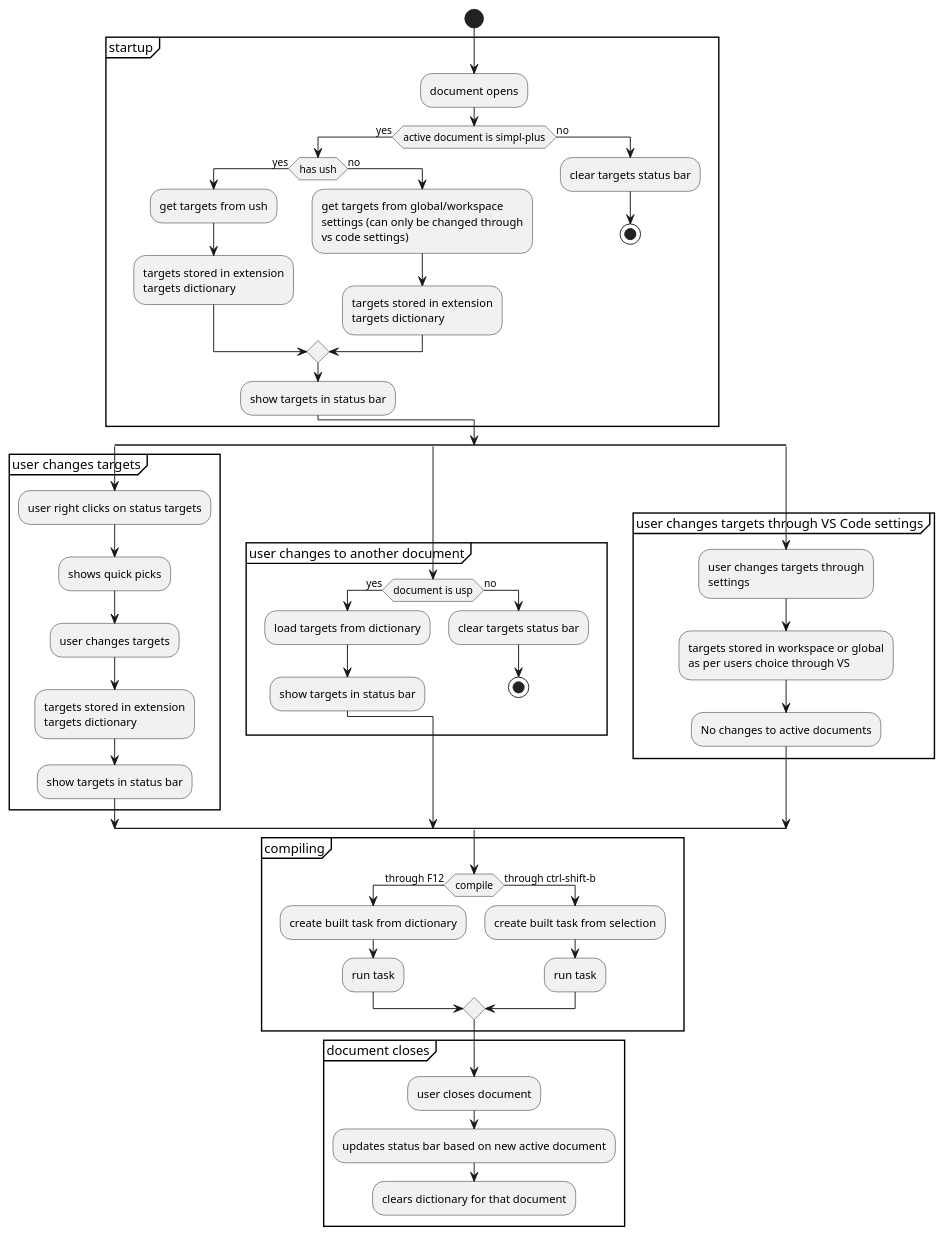
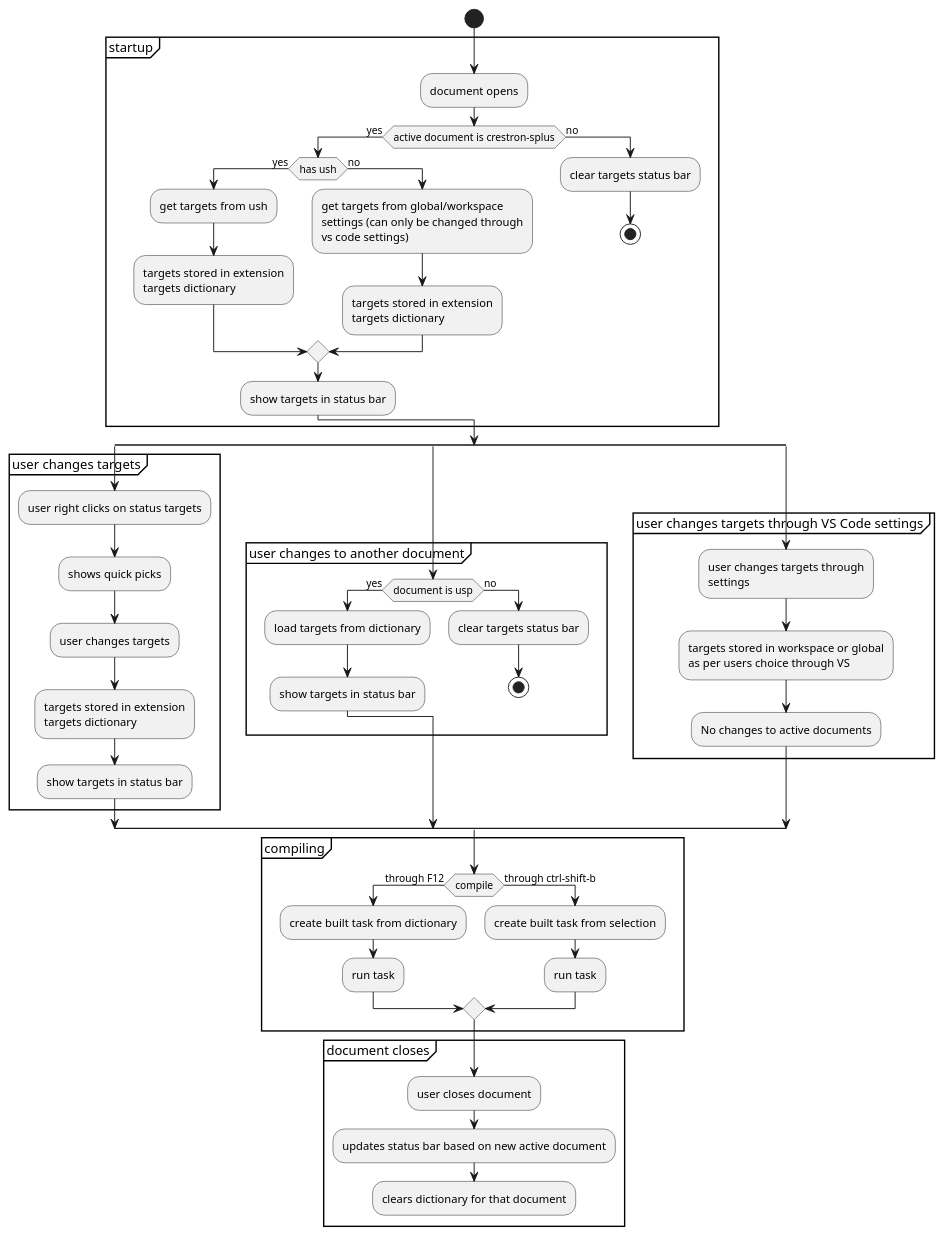
One commit to sentry07/vscode-crestron-splus changed the diagram in UML/build-targets/activity.puml. Above: the diagram before and after it, drawn with PlantUML. The commit also changed 24 other files, not shown here.

```diff
--- a/UML/build-targets/activity.puml
+++ b/UML/build-targets/activity.puml
@@ -1,66 +1,66 @@
 @startuml
 start
 partition "startup"{
     :document opens;
-    if (active document is simpl-plus) then (yes)
+    if (active document is crestron-splus) then (yes)
         if (has ush) then (yes)
             :get targets from ush;
             :targets stored in extension
             targets dictionary;
         else (no)
             :get targets from global/workspace
             settings (can only be changed through
             vs code settings);
             :targets stored in extension
             targets dictionary;
         endif
         :show targets in status bar;
     else (no)
         :clear targets status bar;
         stop
     endif
 }
 split
 partition "user changes targets"{
     :user right clicks on status targets;
     :shows quick picks;
     :user changes targets;
     :targets stored in extension
     targets dictionary;
     :show targets in status bar;
 }
 split again
 partition "user changes to another document"{
     if (document is usp) then (yes)
         :load targets from dictionary;
         :show targets in status bar;
     else (no)
         :clear targets status bar;
         stop
     endif
 }
 split again
 
 partition "user changes targets through VS Code settings"{
     :user changes targets through
     settings;
     :targets stored in workspace or global
     as per users choice through VS;
     :No changes to active documents;
 }
 end split
 partition "compiling"{
     if (compile) then (through F12)
         :create built task from dictionary;
         :run task;
     else (through ctrl-shift-b)
         :create built task from selection;
         :run task;
     endif
 }
 partition "document closes"{
     :user closes document;
     :updates status bar based on new active document;
     :clears dictionary for that document;
 }
 @enduml
```
